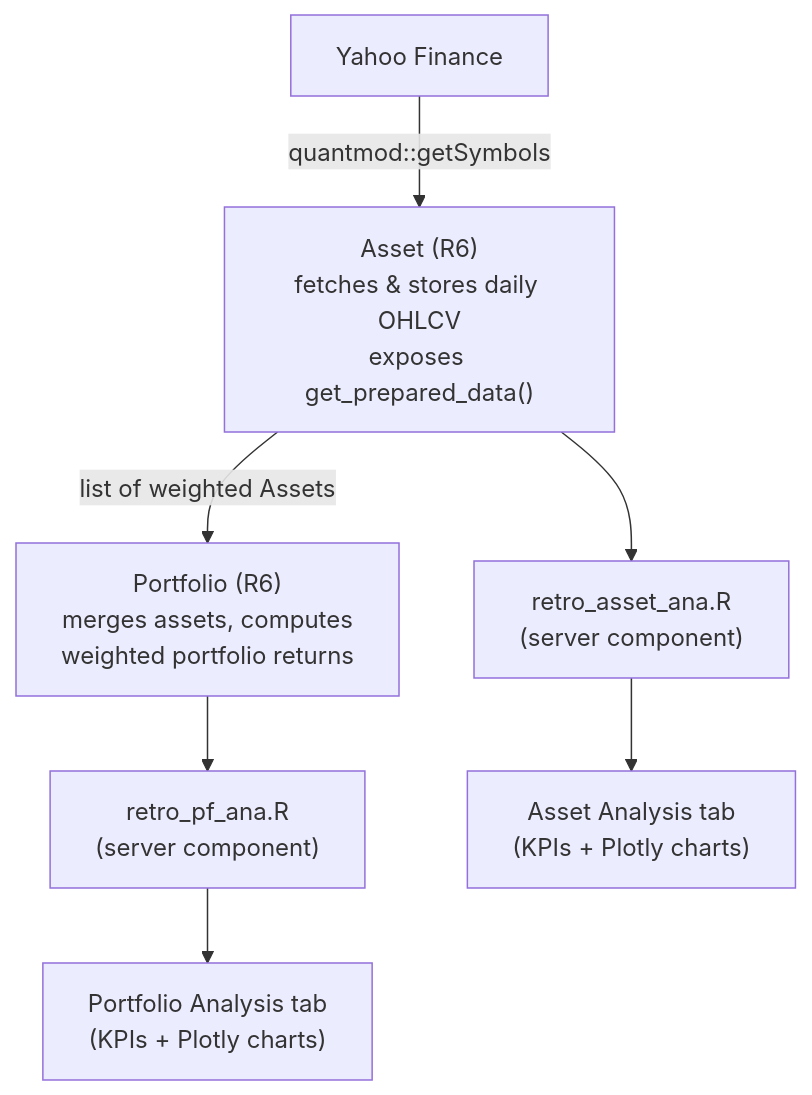
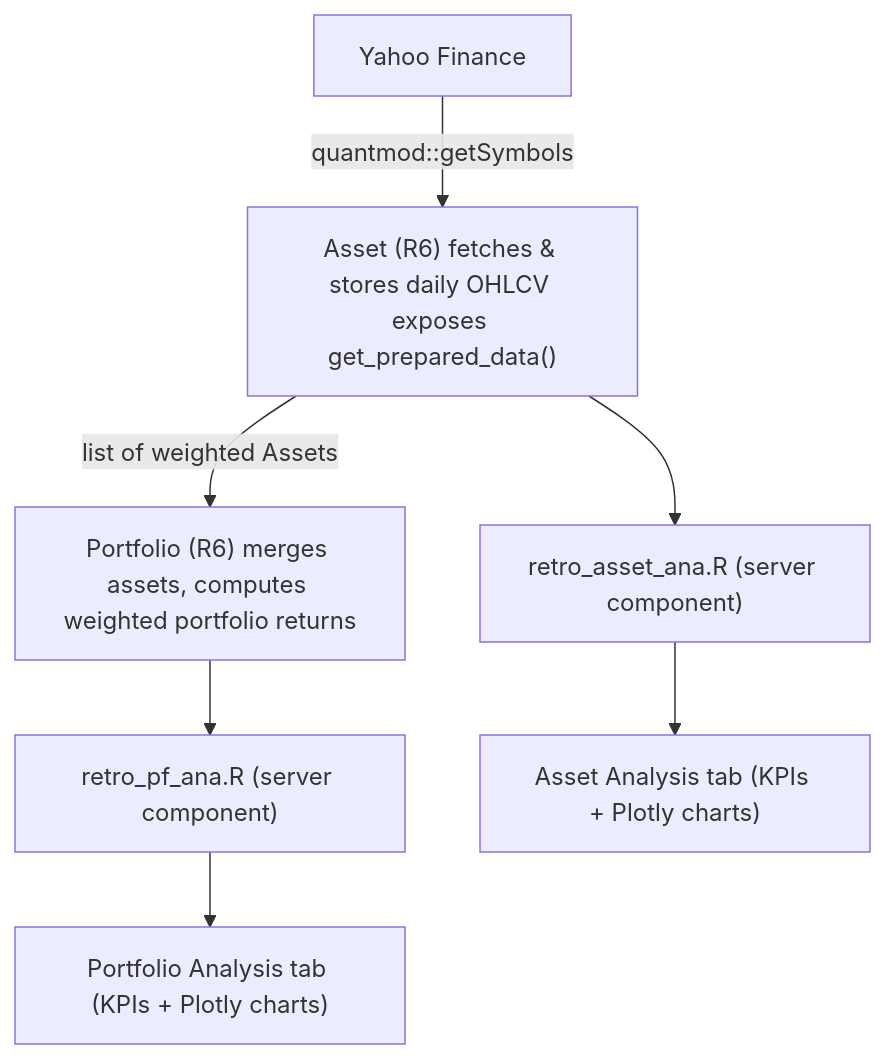
Before and after one commit to Konilo/retrospect: the diagram in README.md, drawn with Mermaid. The commit also changed other lines of this file, not shown here.

Commit message:
fix: rm explicit line breaks

````diff
--- a/README.md
+++ b/README.md
@@ -51,13 +49,13 @@
 ```mermaid
 flowchart TD
     YF[Yahoo Finance]
 
-    YF -->|quantmod::getSymbols| A["Asset (R6)\nfetches & stores daily OHLCV\nexposes get_prepared_data()"]
-    A -->|"list of weighted Assets"| P["Portfolio (R6)\nmerges assets, computes\nweighted portfolio returns"]
+    YF -->|quantmod::getSymbols| A["Asset (R6) fetches & stores daily OHLCV exposes get_prepared_data()"]
+    A -->|"list of weighted Assets"| P["Portfolio (R6) merges assets, computes weighted portfolio returns"]
 
-    A --> SAA["retro_asset_ana.R\n(server component)"]
-    P --> SPA["retro_pf_ana.R\n(server component)"]
+    A --> SAA["retro_asset_ana.R (server component)"]
+    P --> SPA["retro_pf_ana.R (server component)"]
 
-    SAA --> TAA["Asset Analysis tab\n(KPIs + Plotly charts)"]
-    SPA --> TPA["Portfolio Analysis tab\n(KPIs + Plotly charts)"]
+    SAA --> TAA["Asset Analysis tab (KPIs + Plotly charts)"]
+    SPA --> TPA["Portfolio Analysis tab (KPIs + Plotly charts)"]
 ```
````
